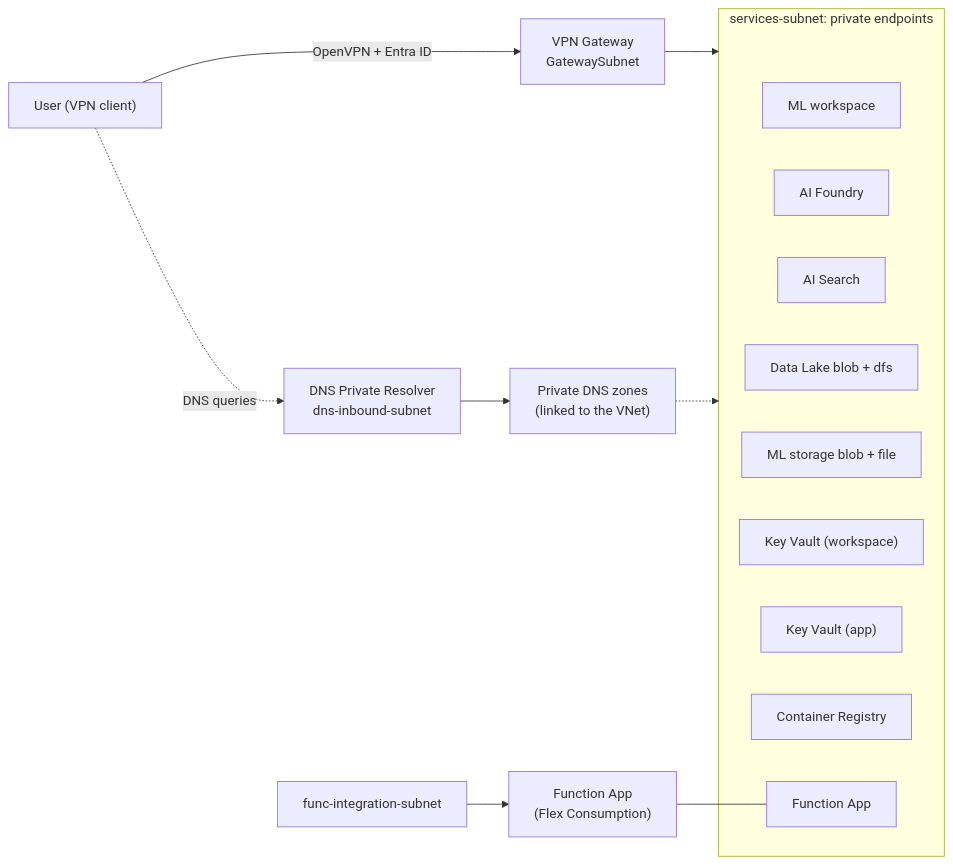
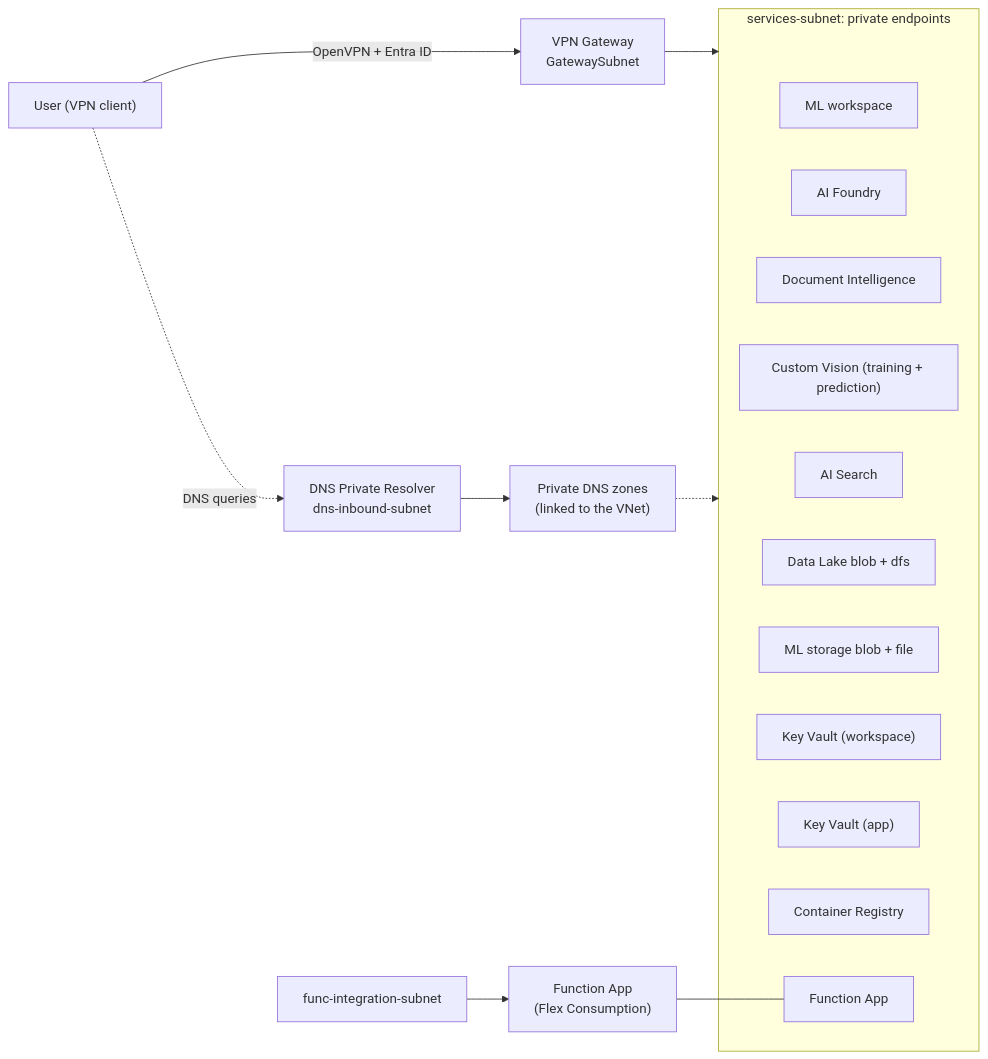
One commit to henrysrtaylor/azure-secure-ml-env changed the diagram in docs/architecture.md. Above: the diagram before and after it, drawn with Mermaid. The commit also changed other lines of this file and 7 other files, not shown here.

Commit message:
feat: add document intelligence and custom vision

````diff
--- a/docs/architecture.md
+++ b/docs/architecture.md
@@ -9,24 +9,26 @@
 ```mermaid
 flowchart LR
     User["User (VPN client)"] -->|"OpenVPN + Entra ID"| GW["VPN Gateway<br/>GatewaySubnet"]
     User -.->|"DNS queries"| Resolver["DNS Private Resolver<br/>dns-inbound-subnet"]
     Resolver --> Zones["Private DNS zones<br/>(linked to the VNet)"]
 
     subgraph PE["services-subnet: private endpoints"]
         peAml["ML workspace"]
         peAis["AI Foundry"]
+        peDoc["Document Intelligence"]
+        peCv["Custom Vision (training + prediction)"]
         peSearch["AI Search"]
         peLake["Data Lake blob + dfs"]
         peMlSt["ML storage blob + file"]
         peKv["Key Vault (workspace)"]
         peKvApp["Key Vault (app)"]
         peAcr["Container Registry"]
         peFn["Function App"]
     end
 
     GW --> PE
     Zones -.-> PE
 
     FnSubnet["func-integration-subnet"] --> Fn["Function App<br/>(Flex Consumption)"]
     Fn --- peFn
 ```
````
